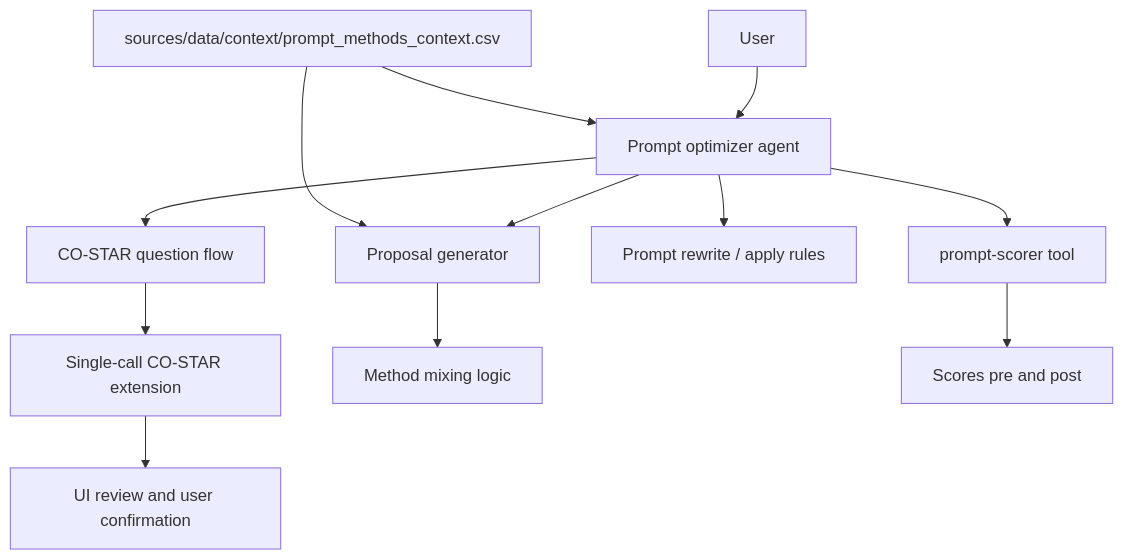
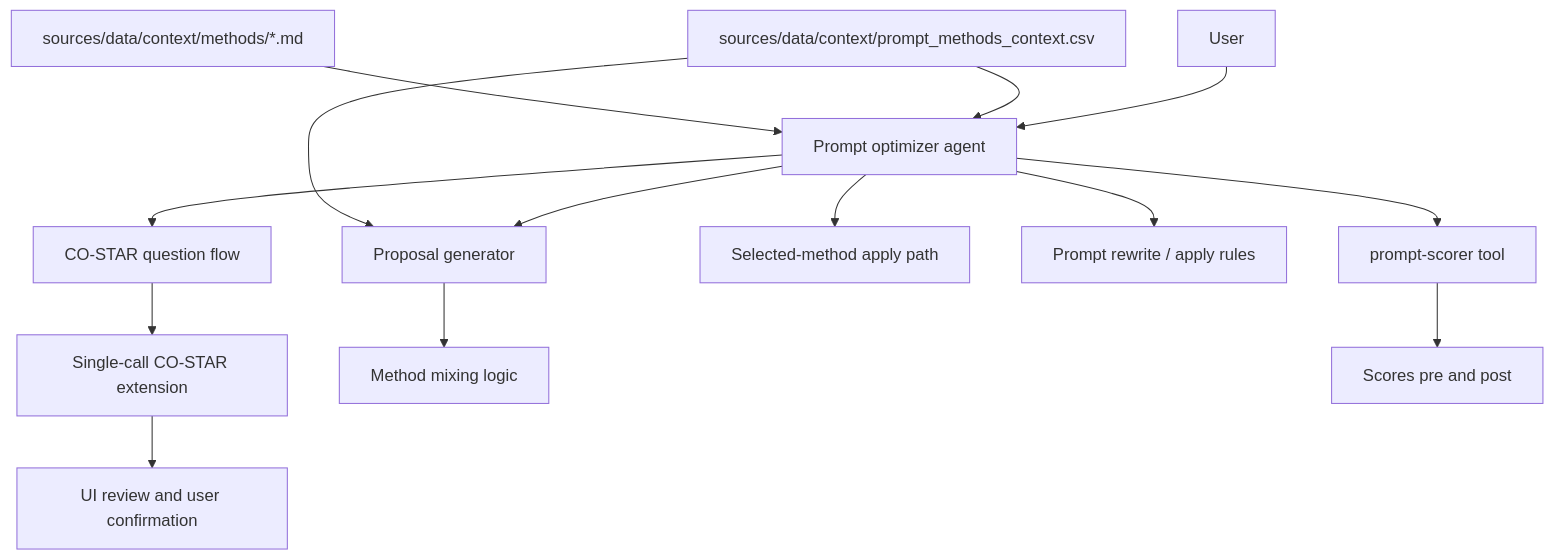
Before and after one commit to trummelbummel/promptymize: the diagram in docs/ai/design/feature-prompt-optimizer-agent.md, drawn with Mermaid. The commit also changed other lines of this file and 26 other files, not shown here.

````diff
--- a/docs/ai/design/feature-prompt-optimizer-agent.md
+++ b/docs/ai/design/feature-prompt-optimizer-agent.md
@@ -13,15 +13,18 @@
 ```mermaid
 graph TD
   User[User] --> Agent[Prompt optimizer agent]
   Agent --> QA[CO-STAR question flow]
   QA --> Expand[Single-call CO-STAR extension]
   Expand --> Review[UI review and user confirmation]
   CtxFile[sources/data/context/prompt_methods_context.csv]
+  MethodFiles[sources/data/context/methods/*.md]
   CtxFile --> Agent
+  MethodFiles --> Agent
   Agent --> Propose[Proposal generator]
   Propose --> Mix[Method mixing logic]
+  Agent --> DirectApply[Selected-method apply path]
   Agent --> Apply[Prompt rewrite / apply rules]
   Agent --> Scorer[prompt-scorer tool]
   Scorer --> Scores[Scores pre and post]
   CtxFile --> Propose
 ```
````
